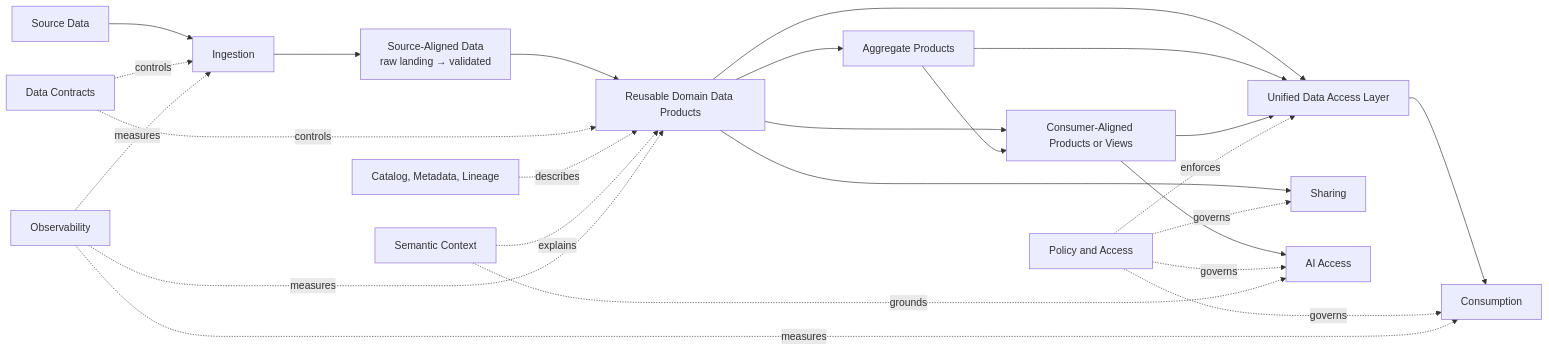
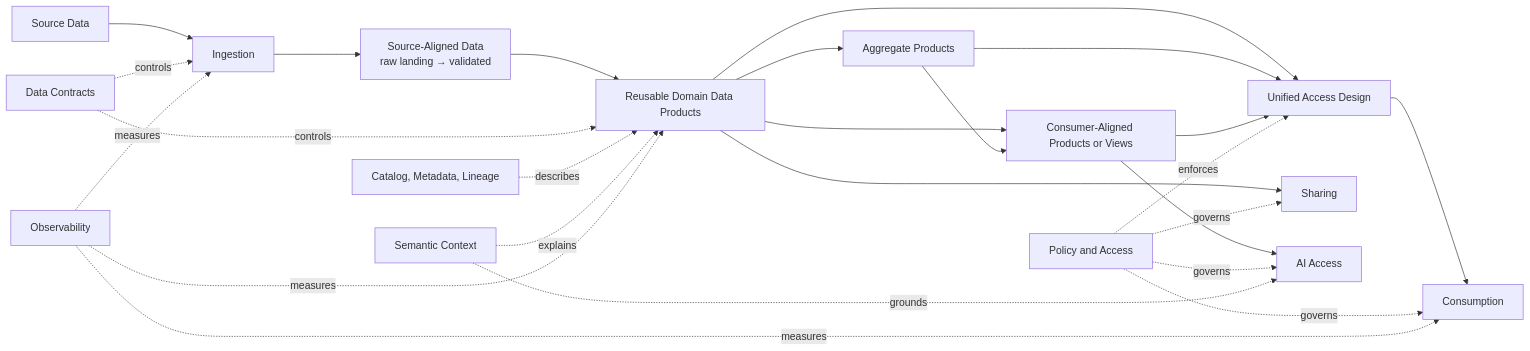
One commit to cong78/data-foundation-architecture changed the diagram in docs/architecture/data-foundation-model.md. Above: the diagram before and after it, drawn with Mermaid. The commit also changed 9 other files, not shown here.

Commit message:
Consolidate access control and data access design

````diff
--- a/docs/architecture/data-foundation-model.md
+++ b/docs/architecture/data-foundation-model.md
@@ -18,28 +18,28 @@
 ```mermaid
 flowchart LR
     SRC[Source Data] --> ING[Ingestion]
     ING --> SA["Source-Aligned Data<br/>raw landing → validated"]
     SA --> PROD[Reusable Domain Data Products]
     PROD --> AGG[Aggregate Products]
     PROD --> CA[Consumer-Aligned Products or Views]
     AGG --> CA
-    PROD --> ACCESS[Unified Data Access Layer]
+    PROD --> ACCESS[Unified Access Design]
     AGG --> ACCESS
     CA --> ACCESS
     ACCESS --> CONS[Consumption]
     PROD --> SHARE[Sharing]
     CA --> AI[AI Access]
 
     CONTRACT[Data Contracts] -. controls .-> ING
     CONTRACT -. controls .-> PROD
     POLICY[Policy and Access] -. governs .-> CONS
     POLICY -. enforces .-> ACCESS
     POLICY -. governs .-> SHARE
     POLICY -. governs .-> AI
     META[Catalog, Metadata, Lineage] -. describes .-> PROD
     SEM[Semantic Context] -. explains .-> PROD
     SEM -. grounds .-> AI
     OBS[Observability] -. measures .-> ING
     OBS -. measures .-> PROD
     OBS -. measures .-> CONS
 ```
````
